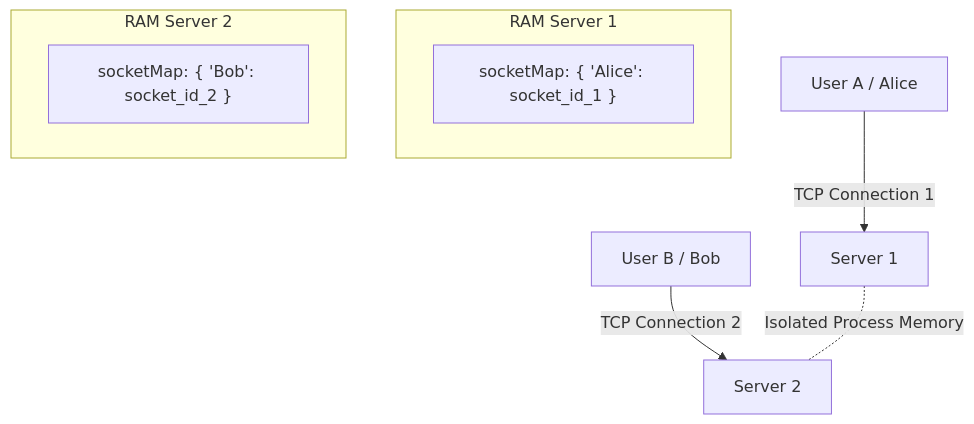
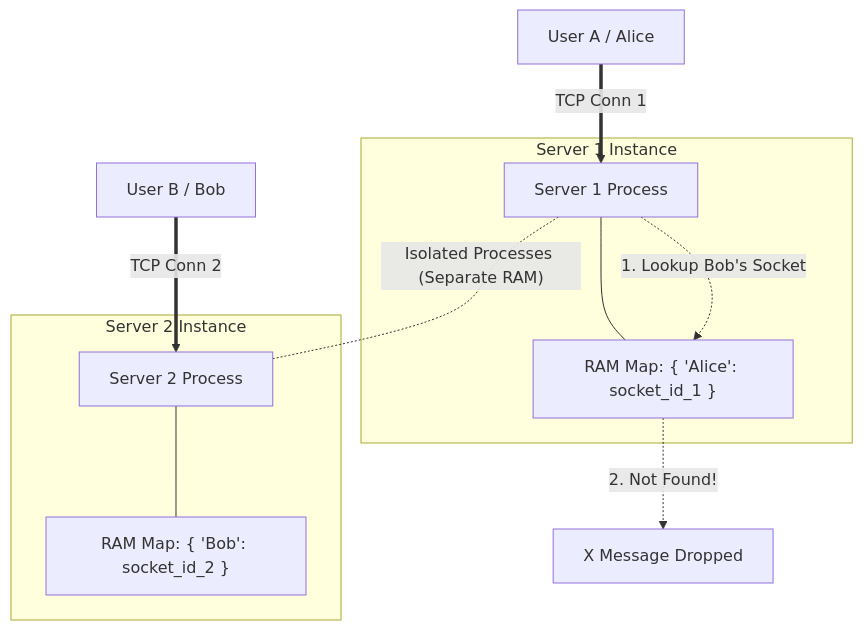
The first of 2 diagrams in notes/socketioBroadcasting.md (Sandipxg/ChatApp), drawn with Mermaid before and after one commit.

Commit message:
style(notes): update horizontal scaling mermaid diagram in broadcasting note

````diff
--- a/notes/socketioBroadcasting.md
+++ b/notes/socketioBroadcasting.md
@@ -24,15 +24,22 @@
 ```mermaid
 graph TD
-    UserA[User A / Alice] -->|TCP Connection 1| Server1[Server 1]
-    UserB[User B / Bob] -->|TCP Connection 2| Server2[Server 2]
-    
-    subgraph RAM Server 1
-        S1["socketMap: { 'Alice': socket_id_1 }"]
+    subgraph S1 [Server 1 Instance]
+        Server1[Server 1 Process]
+        RAM1["RAM Map: { 'Alice': socket_id_1 }"]
+        Server1 --- RAM1
     end
 
-    subgraph RAM Server 2
-        S2["socketMap: { 'Bob': socket_id_2 }"]
+    subgraph S2 [Server 2 Instance]
+        Server2[Server 2 Process]
+        RAM2["RAM Map: { 'Bob': socket_id_2 }"]
+        Server2 --- RAM2
     end
-    
-    Server1 -. "Isolated Process Memory" .- Server2
+
+    Alice[User A / Alice] ==>|TCP Conn 1| Server1
+    Bob[User B / Bob] ==>|TCP Conn 2| Server2
+
+    Server1 -.->|1. Lookup Bob's Socket| RAM1
+    RAM1 -.->|2. Not Found!| Fail[X Message Dropped]
+
+    Server1 -. "Isolated Processes (Separate RAM)" .- Server2
 ```
````
